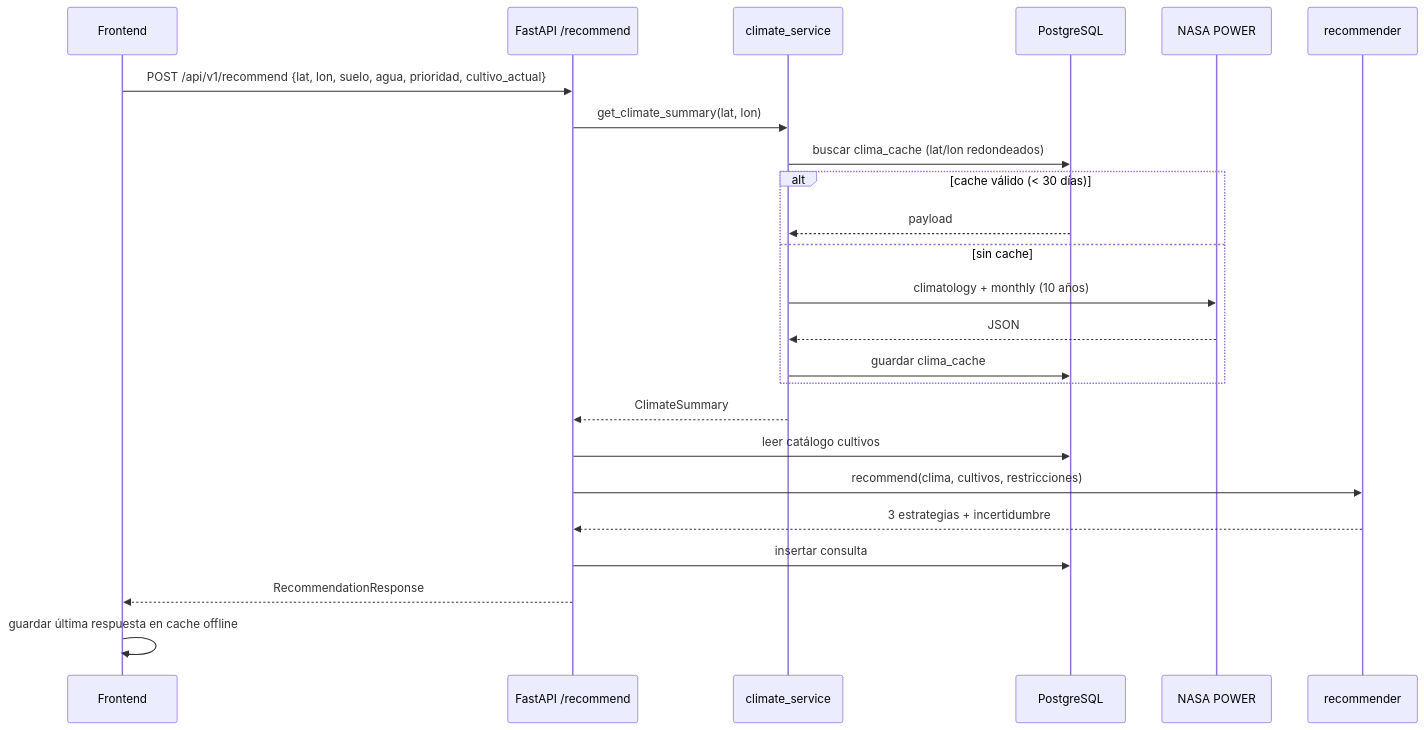
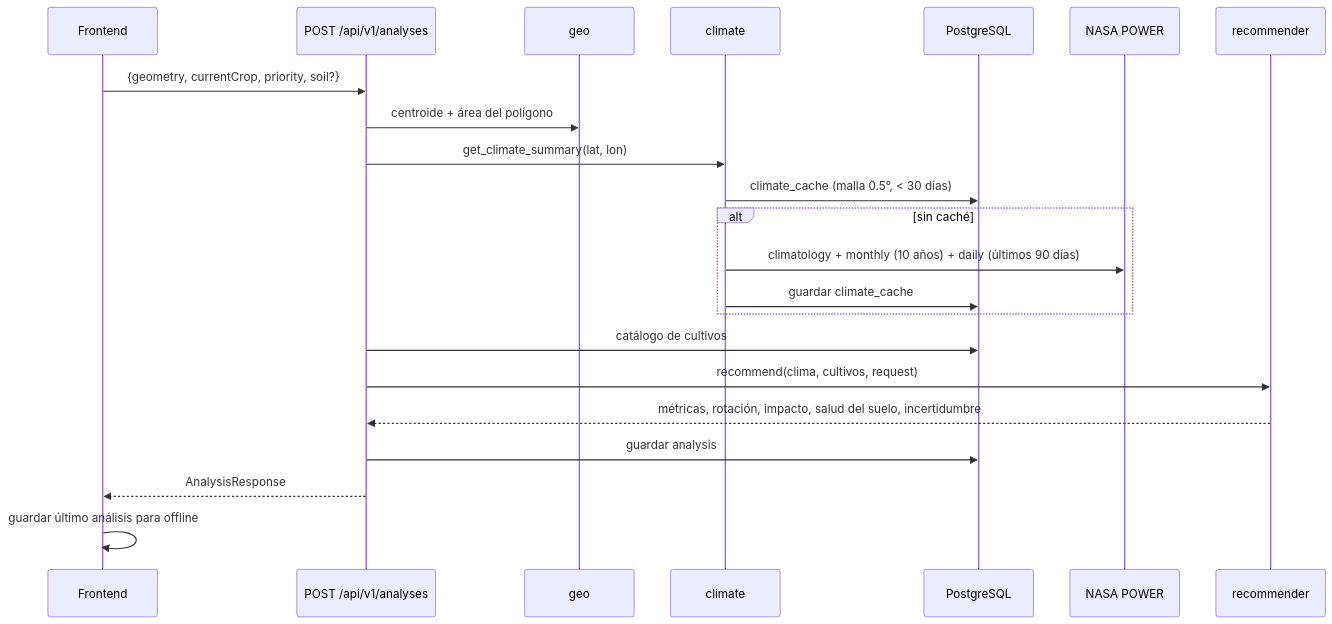
Before and after one commit to Maurongas/AgroBytes: the second of 3 diagrams in docs/ARQUITECTURA.md, drawn with Mermaid. The commit also changed other lines of this file and 105 other files, not shown here.

````diff
--- a/docs/ARQUITECTURA.md
+++ b/docs/ARQUITECTURA.md
@@ -59,27 +65,25 @@
 ```mermaid
 sequenceDiagram
     participant FE as Frontend
-    participant API as FastAPI /recommend
-    participant CS as climate_service
+    participant API as POST /api/v1/analyses
+    participant G as geo
+    participant CS as climate
     participant DB as PostgreSQL
     participant N as NASA POWER
     participant R as recommender
 
-    FE->>API: POST /api/v1/recommend {lat, lon, suelo, agua, prioridad, cultivo_actual}
+    FE->>API: {geometry, currentCrop, priority, soil?}
+    API->>G: centroide + área del polígono
     API->>CS: get_climate_summary(lat, lon)
-    CS->>DB: buscar clima_cache (lat/lon redondeados)
-    alt cache válido (< 30 días)
-        DB-->>CS: payload
-    else sin cache
-        CS->>N: climatology + monthly (10 años)
-        N-->>CS: JSON
-        CS->>DB: guardar clima_cache
+    CS->>DB: climate_cache (malla 0.5°, < 30 días)
+    alt sin caché
+        CS->>N: climatology + monthly (10 años) + daily (últimos 90 días)
+        CS->>DB: guardar climate_cache
     end
-    CS-->>API: ClimateSummary
-    API->>DB: leer catálogo cultivos
-    API->>R: recommend(clima, cultivos, restricciones)
-    R-->>API: 3 estrategias + incertidumbre
-    API->>DB: insertar consulta
-    API-->>FE: RecommendationResponse
-    FE->>FE: guardar última respuesta en cache offline
+    API->>DB: catálogo de cultivos
+    API->>R: recommend(clima, cultivos, request)
+    R-->>API: métricas, rotación, impacto, salud del suelo, incertidumbre
+    API->>DB: guardar analysis
+    API-->>FE: AnalysisResponse
+    FE->>FE: guardar último análisis para offline
 ```
````
